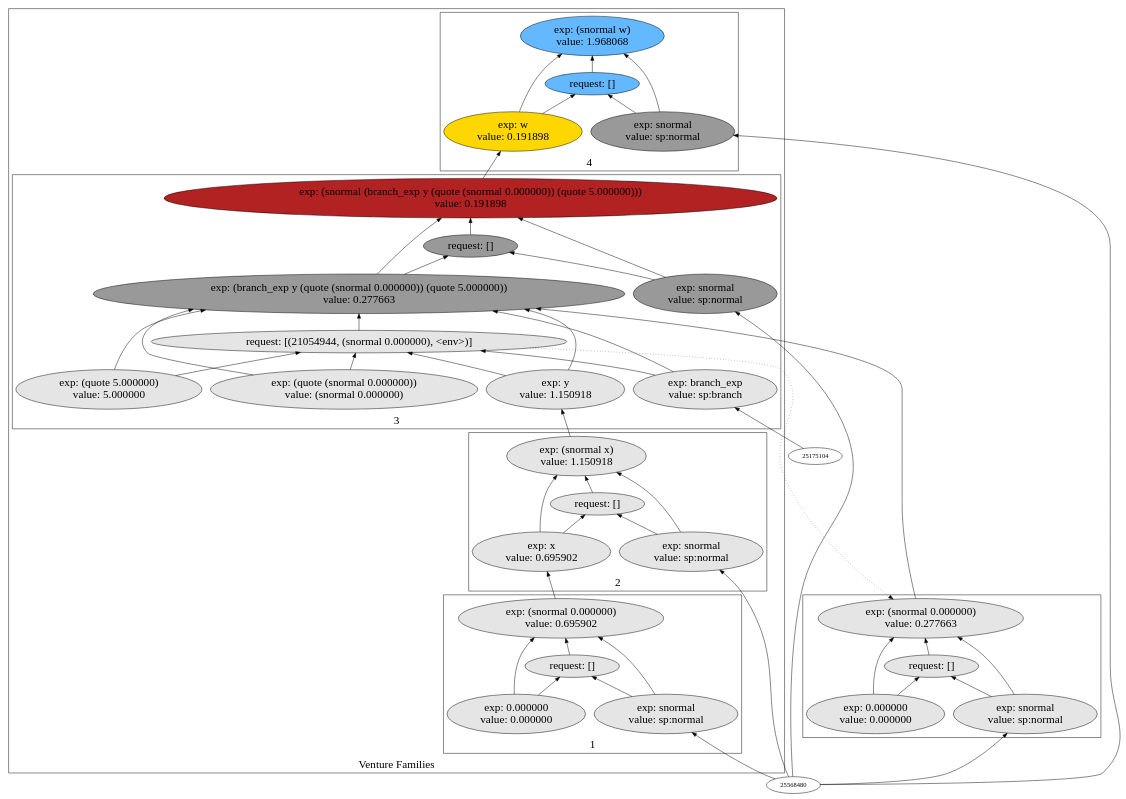
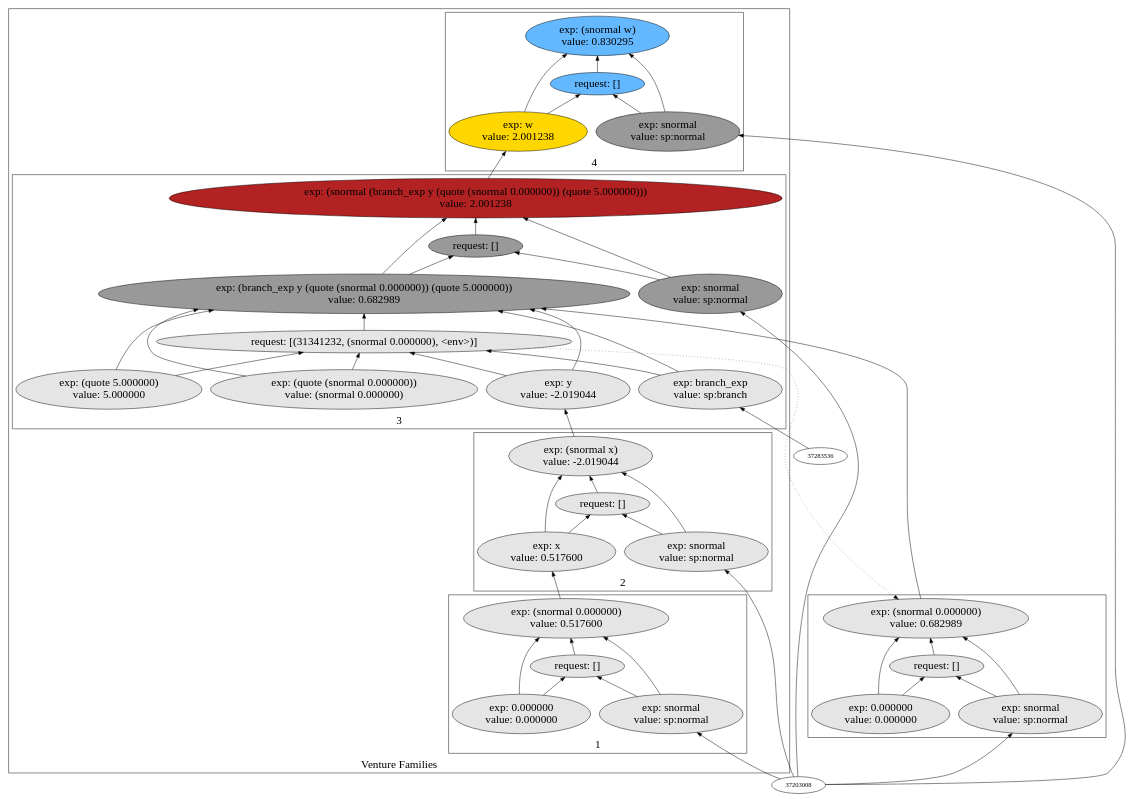
Before and after one commit to probcomp/Venturecxx: the diagram in backend/cxx/graphs/partition/dot9.dot, drawn with Graphviz. The commit also changed 374 other files, not shown here.

```diff
--- a/backend/cxx/graphs/partition/dot9.dot
+++ b/backend/cxx/graphs/partition/dot9.dot
@@ -5,95 +5,95 @@
 label="Venture Families"
 subgraph cluster2 {
 label="1"
-"22140848"["fillcolor"="grey90" "fontsize"="24" "label"="exp: (snormal 0.000000)\nvalue: 0.695902" "shape"="ellipse" "style"="filled" ]
-"26627328"["fillcolor"="grey90" "fontsize"="24" "label"="request: []" "shape"="ellipse" "style"="filled" ]
-"21285312"["fillcolor"="grey90" "fontsize"="24" "label"="exp: snormal\nvalue: sp:normal" "shape"="ellipse" "style"="filled" ]
-"17556832"["fillcolor"="grey90" "fontsize"="24" "label"="exp: 0.000000\nvalue: 0.000000" "shape"="ellipse" "style"="filled" ]
+"33946736"["fillcolor"="grey90" "fontsize"="24" "label"="exp: (snormal 0.000000)\nvalue: 0.517600" "shape"="ellipse" "style"="filled" ]
+"31289616"["fillcolor"="grey90" "fontsize"="24" "label"="request: []" "shape"="ellipse" "style"="filled" ]
+"37220848"["fillcolor"="grey90" "fontsize"="24" "label"="exp: snormal\nvalue: sp:normal" "shape"="ellipse" "style"="filled" ]
+"37419920"["fillcolor"="grey90" "fontsize"="24" "label"="exp: 0.000000\nvalue: 0.000000" "shape"="ellipse" "style"="filled" ]
 }
 
 subgraph cluster3 {
 label="2"
-"21669504"["fillcolor"="grey90" "fontsize"="24" "label"="exp: (snormal x)\nvalue: 1.150918" "shape"="ellipse" "style"="filled" ]
-"21569072"["fillcolor"="grey90" "fontsize"="24" "label"="request: []" "shape"="ellipse" "style"="filled" ]
-"19964176"["fillcolor"="grey90" "fontsize"="24" "label"="exp: snormal\nvalue: sp:normal" "shape"="ellipse" "style"="filled" ]
-"21594288"["fillcolor"="grey90" "fontsize"="24" "label"="exp: x\nvalue: 0.695902" "shape"="ellipse" "style"="filled" ]
+"33103552"["fillcolor"="grey90" "fontsize"="24" "label"="exp: (snormal x)\nvalue: -2.019044" "shape"="ellipse" "style"="filled" ]
+"31861488"["fillcolor"="grey90" "fontsize"="24" "label"="request: []" "shape"="ellipse" "style"="filled" ]
+"31339040"["fillcolor"="grey90" "fontsize"="24" "label"="exp: snormal\nvalue: sp:normal" "shape"="ellipse" "style"="filled" ]
+"30588672"["fillcolor"="grey90" "fontsize"="24" "label"="exp: x\nvalue: 0.517600" "shape"="ellipse" "style"="filled" ]
 }
 
 subgraph cluster4 {
 label="3"
-"19263232"["fillcolor"="firebrick" "fontsize"="24" "label"="exp: (snormal (branch_exp y (quote (snormal 0.000000)) (quote 5.000000)))\nvalue: 0.191898" "shape"="ellipse" "style"="filled" ]
-"21253792"["fillcolor"="grey60" "fontsize"="24" "label"="request: []" "shape"="ellipse" "style"="filled" ]
-"20544160"["fillcolor"="grey60" "fontsize"="24" "label"="exp: snormal\nvalue: sp:normal" "shape"="ellipse" "style"="filled" ]
-"21008016"["fillcolor"="grey60" "fontsize"="24" "label"="exp: (branch_exp y (quote (snormal 0.000000)) (quote 5.000000))\nvalue: 0.277663" "shape"="ellipse" "style"="filled" ]
-"21054944"["fillcolor"="grey90" "fontsize"="24" "label"="request: [(21054944, (snormal 0.000000), <env>)]" "shape"="ellipse" "style"="filled" ]
-"19161760"["fillcolor"="grey90" "fontsize"="24" "label"="exp: branch_exp\nvalue: sp:branch" "shape"="ellipse" "style"="filled" ]
-"20657840"["fillcolor"="grey90" "fontsize"="24" "label"="exp: y\nvalue: 1.150918" "shape"="ellipse" "style"="filled" ]
-"19527392"["fillcolor"="grey90" "fontsize"="24" "label"="exp: (quote (snormal 0.000000))\nvalue: (snormal 0.000000)" "shape"="ellipse" "style"="filled" ]
-"20003376"["fillcolor"="grey90" "fontsize"="24" "label"="exp: (quote 5.000000)\nvalue: 5.000000" "shape"="ellipse" "style"="filled" ]
+"30881168"["fillcolor"="firebrick" "fontsize"="24" "label"="exp: (snormal (branch_exp y (quote (snormal 0.000000)) (quote 5.000000)))\nvalue: 2.001238" "shape"="ellipse" "style"="filled" ]
+"32857776"["fillcolor"="grey60" "fontsize"="24" "label"="request: []" "shape"="ellipse" "style"="filled" ]
+"31983280"["fillcolor"="grey60" "fontsize"="24" "label"="exp: snormal\nvalue: sp:normal" "shape"="ellipse" "style"="filled" ]
+"30868272"["fillcolor"="grey60" "fontsize"="24" "label"="exp: (branch_exp y (quote (snormal 0.000000)) (quote 5.000000))\nvalue: 0.682989" "shape"="ellipse" "style"="filled" ]
+"31341232"["fillcolor"="grey90" "fontsize"="24" "label"="request: [(31341232, (snormal 0.000000), <env>)]" "shape"="ellipse" "style"="filled" ]
+"30415904"["fillcolor"="grey90" "fontsize"="24" "label"="exp: branch_exp\nvalue: sp:branch" "shape"="ellipse" "style"="filled" ]
+"37271520"["fillcolor"="grey90" "fontsize"="24" "label"="exp: y\nvalue: -2.019044" "shape"="ellipse" "style"="filled" ]
+"31328816"["fillcolor"="grey90" "fontsize"="24" "label"="exp: (quote (snormal 0.000000))\nvalue: (snormal 0.000000)" "shape"="ellipse" "style"="filled" ]
+"34036272"["fillcolor"="grey90" "fontsize"="24" "label"="exp: (quote 5.000000)\nvalue: 5.000000" "shape"="ellipse" "style"="filled" ]
 }
 
 subgraph cluster5 {
 label="4"
-"21242832"["fillcolor"="steelblue1" "fontsize"="24" "label"="exp: (snormal w)\nvalue: 1.968068" "shape"="ellipse" "style"="filled" ]
-"25697616"["fillcolor"="steelblue1" "fontsize"="24" "label"="request: []" "shape"="ellipse" "style"="filled" ]
-"19555728"["fillcolor"="grey60" "fontsize"="24" "label"="exp: snormal\nvalue: sp:normal" "shape"="ellipse" "style"="filled" ]
-"19730320"["fillcolor"="gold" "fontsize"="24" "label"="exp: w\nvalue: 0.191898" "shape"="ellipse" "style"="filled" ]
+"31082928"["fillcolor"="steelblue1" "fontsize"="24" "label"="exp: (snormal w)\nvalue: 0.830295" "shape"="ellipse" "style"="filled" ]
+"33936992"["fillcolor"="steelblue1" "fontsize"="24" "label"="request: []" "shape"="ellipse" "style"="filled" ]
+"31055760"["fillcolor"="grey60" "fontsize"="24" "label"="exp: snormal\nvalue: sp:normal" "shape"="ellipse" "style"="filled" ]
+"39664544"["fillcolor"="gold" "fontsize"="24" "label"="exp: w\nvalue: 2.001238" "shape"="ellipse" "style"="filled" ]
 }
 
 }
 
 subgraph cluster6 {
 label=""
-"19757488"["fillcolor"="grey90" "fontsize"="24" "label"="exp: (snormal 0.000000)\nvalue: 0.277663" "shape"="ellipse" "style"="filled" ]
-"19542832"["fillcolor"="grey90" "fontsize"="24" "label"="request: []" "shape"="ellipse" "style"="filled" ]
-"19090464"["fillcolor"="grey90" "fontsize"="24" "label"="exp: snormal\nvalue: sp:normal" "shape"="ellipse" "style"="filled" ]
-"21585232"["fillcolor"="grey90" "fontsize"="24" "label"="exp: 0.000000\nvalue: 0.000000" "shape"="ellipse" "style"="filled" ]
+"38700016"["fillcolor"="grey90" "fontsize"="24" "label"="exp: (snormal 0.000000)\nvalue: 0.682989" "shape"="ellipse" "style"="filled" ]
+"33092592"["fillcolor"="grey90" "fontsize"="24" "label"="request: []" "shape"="ellipse" "style"="filled" ]
+"36919568"["fillcolor"="grey90" "fontsize"="24" "label"="exp: snormal\nvalue: sp:normal" "shape"="ellipse" "style"="filled" ]
+"29656560"["fillcolor"="grey90" "fontsize"="24" "label"="exp: 0.000000\nvalue: 0.000000" "shape"="ellipse" "style"="filled" ]
 }
 
-"20544160" -> "19263232"["arrowhead"="normal" "color"="black" "constraint"="true" "style"="solid" ]
-"20544160" -> "21253792"["arrowhead"="normal" "color"="black" "constraint"="true" "style"="solid" ]
-"25568480" -> "20544160"["arrowhead"="normal" "color"="black" "constraint"="true" "style"="solid" ]
-"21008016" -> "19263232"["arrowhead"="normal" "color"="black" "constraint"="true" "style"="solid" ]
-"21008016" -> "21253792"["arrowhead"="normal" "color"="black" "constraint"="true" "style"="solid" ]
-"19161760" -> "21008016"["arrowhead"="normal" "color"="black" "constraint"="true" "style"="solid" ]
-"19161760" -> "21054944"["arrowhead"="normal" "color"="black" "constraint"="true" "style"="solid" ]
-"25175104" -> "19161760"["arrowhead"="normal" "color"="black" "constraint"="true" "style"="solid" ]
-"20657840" -> "21008016"["arrowhead"="normal" "color"="black" "constraint"="true" "style"="solid" ]
-"20657840" -> "21054944"["arrowhead"="normal" "color"="black" "constraint"="true" "style"="solid" ]
-"21669504" -> "20657840"["arrowhead"="normal" "color"="black" "constraint"="true" "style"="solid" ]
-"19527392" -> "21008016"["arrowhead"="normal" "color"="black" "constraint"="true" "style"="solid" ]
-"19527392" -> "21054944"["arrowhead"="normal" "color"="black" "constraint"="true" "style"="solid" ]
-"20003376" -> "21008016"["arrowhead"="normal" "color"="black" "constraint"="true" "style"="solid" ]
-"20003376" -> "21054944"["arrowhead"="normal" "color"="black" "constraint"="true" "style"="solid" ]
-"21054944" -> "21008016"["arrowhead"="normal" "color"="black" "constraint"="true" "style"="solid" ]
-"19757488" -> "21008016"["arrowhead"="normal" "color"="black" "constraint"="true" "style"="solid" ]
-"21054944" -> "19757488"["arrowhead"="normal" "color"="black" "constraint"="false" "style"="dotted" ]
-"21253792" -> "19263232"["arrowhead"="normal" "color"="black" "constraint"="true" "style"="solid" ]
-"19090464" -> "19757488"["arrowhead"="normal" "color"="black" "constraint"="true" "style"="solid" ]
-"19090464" -> "19542832"["arrowhead"="normal" "color"="black" "constraint"="true" "style"="solid" ]
-"25568480" -> "19090464"["arrowhead"="normal" "color"="black" "constraint"="true" "style"="solid" ]
-"21585232" -> "19757488"["arrowhead"="normal" "color"="black" "constraint"="true" "style"="solid" ]
-"21585232" -> "19542832"["arrowhead"="normal" "color"="black" "constraint"="true" "style"="solid" ]
-"19542832" -> "19757488"["arrowhead"="normal" "color"="black" "constraint"="true" "style"="solid" ]
-"19555728" -> "21242832"["arrowhead"="normal" "color"="black" "constraint"="true" "style"="solid" ]
-"19555728" -> "25697616"["arrowhead"="normal" "color"="black" "constraint"="true" "style"="solid" ]
-"25568480" -> "19555728"["arrowhead"="normal" "color"="black" "constraint"="true" "style"="solid" ]
-"19730320" -> "21242832"["arrowhead"="normal" "color"="black" "constraint"="true" "style"="solid" ]
-"19730320" -> "25697616"["arrowhead"="normal" "color"="black" "constraint"="true" "style"="solid" ]
-"19263232" -> "19730320"["arrowhead"="normal" "color"="black" "constraint"="true" "style"="solid" ]
-"25697616" -> "21242832"["arrowhead"="normal" "color"="black" "constraint"="true" "style"="solid" ]
-"19964176" -> "21669504"["arrowhead"="normal" "color"="black" "constraint"="true" "style"="solid" ]
-"19964176" -> "21569072"["arrowhead"="normal" "color"="black" "constraint"="true" "style"="solid" ]
-"25568480" -> "19964176"["arrowhead"="normal" "color"="black" "constraint"="true" "style"="solid" ]
-"21594288" -> "21669504"["arrowhead"="normal" "color"="black" "constraint"="true" "style"="solid" ]
-"21594288" -> "21569072"["arrowhead"="normal" "color"="black" "constraint"="true" "style"="solid" ]
-"22140848" -> "21594288"["arrowhead"="normal" "color"="black" "constraint"="true" "style"="solid" ]
-"21569072" -> "21669504"["arrowhead"="normal" "color"="black" "constraint"="true" "style"="solid" ]
-"21285312" -> "22140848"["arrowhead"="normal" "color"="black" "constraint"="true" "style"="solid" ]
-"21285312" -> "26627328"["arrowhead"="normal" "color"="black" "constraint"="true" "style"="solid" ]
-"25568480" -> "21285312"["arrowhead"="normal" "color"="black" "constraint"="true" "style"="solid" ]
-"17556832" -> "22140848"["arrowhead"="normal" "color"="black" "constraint"="true" "style"="solid" ]
-"17556832" -> "26627328"["arrowhead"="normal" "color"="black" "constraint"="true" "style"="solid" ]
-"26627328" -> "22140848"["arrowhead"="normal" "color"="black" "constraint"="true" "style"="solid" ]
+"31983280" -> "30881168"["arrowhead"="normal" "color"="black" "constraint"="true" "style"="solid" ]
+"31983280" -> "32857776"["arrowhead"="normal" "color"="black" "constraint"="true" "style"="solid" ]
+"37203008" -> "31983280"["arrowhead"="normal" "color"="black" "constraint"="true" "style"="solid" ]
+"30868272" -> "30881168"["arrowhead"="normal" "color"="black" "constraint"="true" "style"="solid" ]
+"30868272" -> "32857776"["arrowhead"="normal" "color"="black" "constraint"="true" "style"="solid" ]
+"30415904" -> "30868272"["arrowhead"="normal" "color"="black" "constraint"="true" "style"="solid" ]
+"30415904" -> "31341232"["arrowhead"="normal" "color"="black" "constraint"="true" "style"="solid" ]
+"37283536" -> "30415904"["arrowhead"="normal" "color"="black" "constraint"="true" "style"="solid" ]
+"37271520" -> "30868272"["arrowhead"="normal" "color"="black" "constraint"="true" "style"="solid" ]
+"37271520" -> "31341232"["arrowhead"="normal" "color"="black" "constraint"="true" "style"="solid" ]
+"33103552" -> "37271520"["arrowhead"="normal" "color"="black" "constraint"="true" "style"="solid" ]
+"31328816" -> "30868272"["arrowhead"="normal" "color"="black" "constraint"="true" "style"="solid" ]
+"31328816" -> "31341232"["arrowhead"="normal" "color"="black" "constraint"="true" "style"="solid" ]
+"34036272" -> "30868272"["arrowhead"="normal" "color"="black" "constraint"="true" "style"="solid" ]
+"34036272" -> "31341232"["arrowhead"="normal" "color"="black" "constraint"="true" "style"="solid" ]
+"31341232" -> "30868272"["arrowhead"="normal" "color"="black" "constraint"="true" "style"="solid" ]
+"38700016" -> "30868272"["arrowhead"="normal" "color"="black" "constraint"="true" "style"="solid" ]
+"31341232" -> "38700016"["arrowhead"="normal" "color"="black" "constraint"="false" "style"="dotted" ]
+"32857776" -> "30881168"["arrowhead"="normal" "color"="black" "constraint"="true" "style"="solid" ]
+"31055760" -> "31082928"["arrowhead"="normal" "color"="black" "constraint"="true" "style"="solid" ]
+"31055760" -> "33936992"["arrowhead"="normal" "color"="black" "constraint"="true" "style"="solid" ]
+"37203008" -> "31055760"["arrowhead"="normal" "color"="black" "constraint"="true" "style"="solid" ]
+"39664544" -> "31082928"["arrowhead"="normal" "color"="black" "constraint"="true" "style"="solid" ]
+"39664544" -> "33936992"["arrowhead"="normal" "color"="black" "constraint"="true" "style"="solid" ]
+"30881168" -> "39664544"["arrowhead"="normal" "color"="black" "constraint"="true" "style"="solid" ]
+"33936992" -> "31082928"["arrowhead"="normal" "color"="black" "constraint"="true" "style"="solid" ]
+"31339040" -> "33103552"["arrowhead"="normal" "color"="black" "constraint"="true" "style"="solid" ]
+"31339040" -> "31861488"["arrowhead"="normal" "color"="black" "constraint"="true" "style"="solid" ]
+"37203008" -> "31339040"["arrowhead"="normal" "color"="black" "constraint"="true" "style"="solid" ]
+"30588672" -> "33103552"["arrowhead"="normal" "color"="black" "constraint"="true" "style"="solid" ]
+"30588672" -> "31861488"["arrowhead"="normal" "color"="black" "constraint"="true" "style"="solid" ]
+"33946736" -> "30588672"["arrowhead"="normal" "color"="black" "constraint"="true" "style"="solid" ]
+"31861488" -> "33103552"["arrowhead"="normal" "color"="black" "constraint"="true" "style"="solid" ]
+"37220848" -> "33946736"["arrowhead"="normal" "color"="black" "constraint"="true" "style"="solid" ]
+"37220848" -> "31289616"["arrowhead"="normal" "color"="black" "constraint"="true" "style"="solid" ]
+"37203008" -> "37220848"["arrowhead"="normal" "color"="black" "constraint"="true" "style"="solid" ]
+"37419920" -> "33946736"["arrowhead"="normal" "color"="black" "constraint"="true" "style"="solid" ]
+"37419920" -> "31289616"["arrowhead"="normal" "color"="black" "constraint"="true" "style"="solid" ]
+"31289616" -> "33946736"["arrowhead"="normal" "color"="black" "constraint"="true" "style"="solid" ]
+"36919568" -> "38700016"["arrowhead"="normal" "color"="black" "constraint"="true" "style"="solid" ]
+"36919568" -> "33092592"["arrowhead"="normal" "color"="black" "constraint"="true" "style"="solid" ]
+"37203008" -> "36919568"["arrowhead"="normal" "color"="black" "constraint"="true" "style"="solid" ]
+"29656560" -> "38700016"["arrowhead"="normal" "color"="black" "constraint"="true" "style"="solid" ]
+"29656560" -> "33092592"["arrowhead"="normal" "color"="black" "constraint"="true" "style"="solid" ]
+"33092592" -> "38700016"["arrowhead"="normal" "color"="black" "constraint"="true" "style"="solid" ]
 
 }
```
